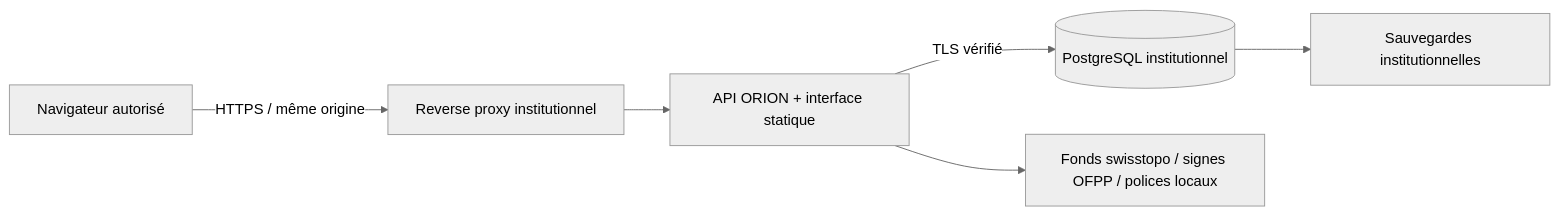
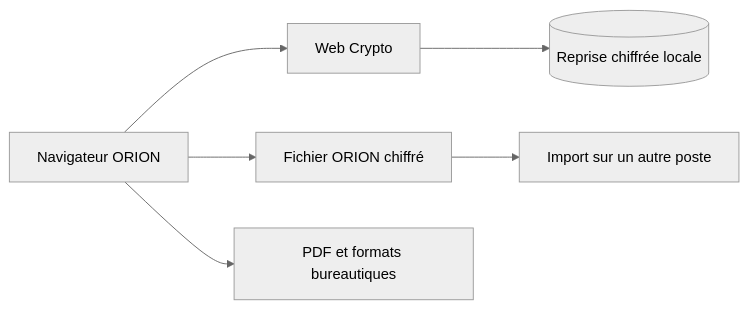
Before and after one commit to ludovic111/ORION: the diagram in docs/ARCHITECTURE.md, drawn with Mermaid (neutral theme). The commit also changed other lines of this file and 2480 other files, not shown here.

Commit message:
Rebuild ORION as a local intervention journal with encrypted recovery

````diff
--- a/docs/ARCHITECTURE.md
+++ b/docs/ARCHITECTURE.md
@@ -3,8 +5,8 @@
 ```mermaid
 flowchart LR
-  B[Navigateur autorisé] -->|HTTPS / même origine| P[Reverse proxy institutionnel]
-  P --> A[API ORION + interface statique]
-  A -->|TLS vérifié| DB[(PostgreSQL institutionnel)]
-  A --> F[Fonds swisstopo / signes OFPP / polices locaux]
-  DB --> BK[Sauvegardes institutionnelles]
+  App[Navigateur ORION] --> Crypto[Web Crypto]
+  Crypto --> Local[(Reprise chiffrée locale)]
+  App --> Archive[Fichier ORION chiffré]
+  Archive --> Other[Import sur un autre poste]
+  App --> Read[PDF et formats bureautiques]
 ```
````
